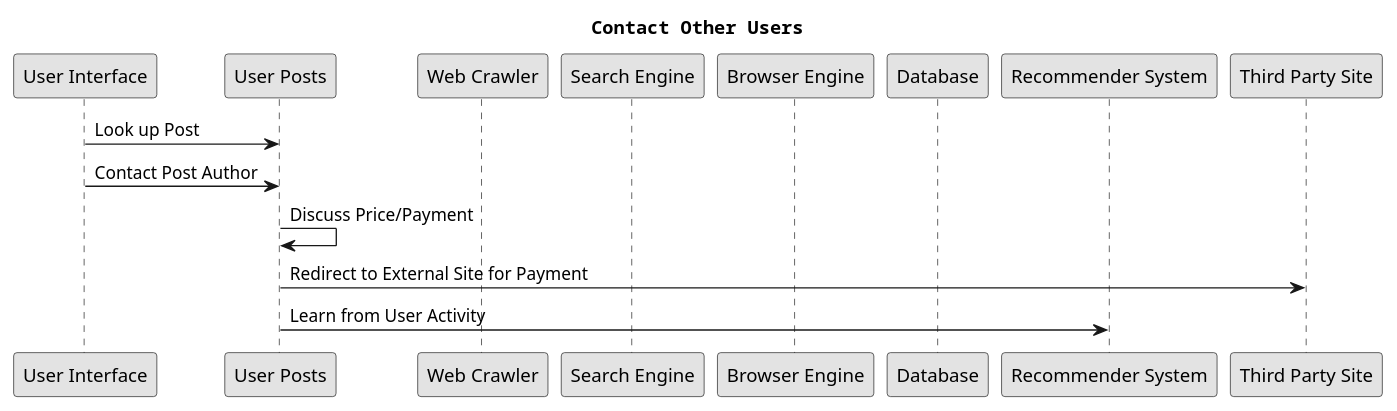
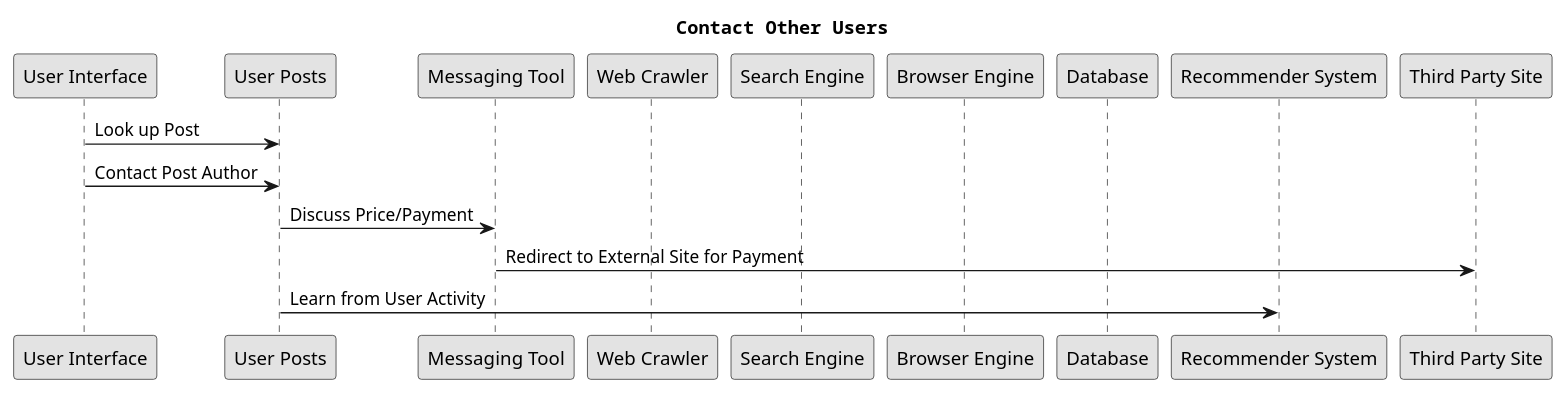
Diagram 16 of 16 in src/sa/model/index.md (USI-MSDE-SA-2022/software-architecture-model-tommi27), drawn with PlantUML before and after one commit. The commit also changed other lines of this file and 4 other files, not shown here.

````diff
--- a/src/sa/model/index.md
+++ b/src/sa/model/index.md
@@ -836,25 +847,26 @@
 ```puml
 @startuml
 title Contact Other Users
 
 participant "User Interface" as UI
 participant "User Posts" as UP
+participant "Messaging Tool" as MT
 participant "Web Crawler" as WC
 participant "Search Engine" as SE
 participant "Browser Engine" as BE
 participant "Database" as DB
 participant "Recommender System" as RS
 participant "Third Party Site" as TPS
 
 UI -> UP: Look up Post
 UI -> UP: Contact Post Author
-UP -> UP: Discuss Price/Payment
-UP -> TPS: Redirect to External Site for Payment
+UP -> MT: Discuss Price/Payment
+MT -> TPS: Redirect to External Site for Payment
 UP -> RS: Learn from User Activity
 
 
 skinparam monochrome true
 skinparam shadowing false
 skinparam defaultFontName Courier
 @enduml
 ```
````
